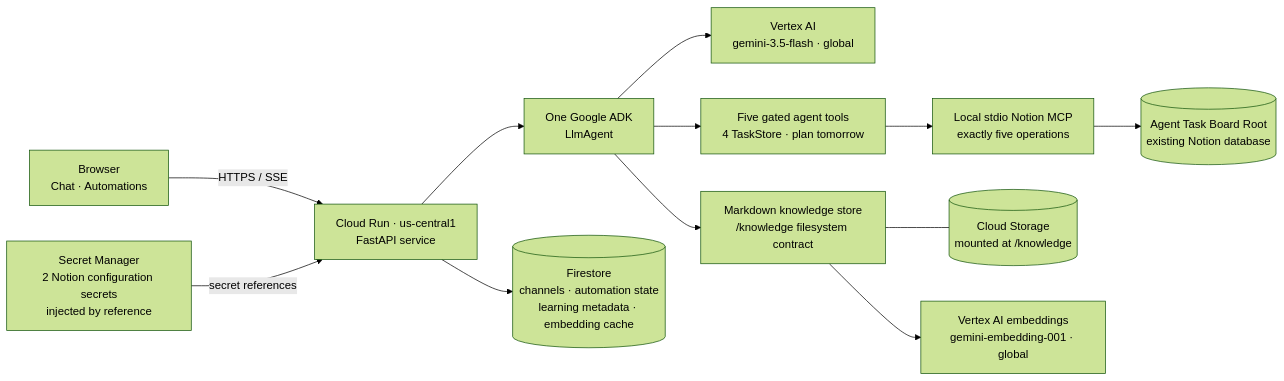
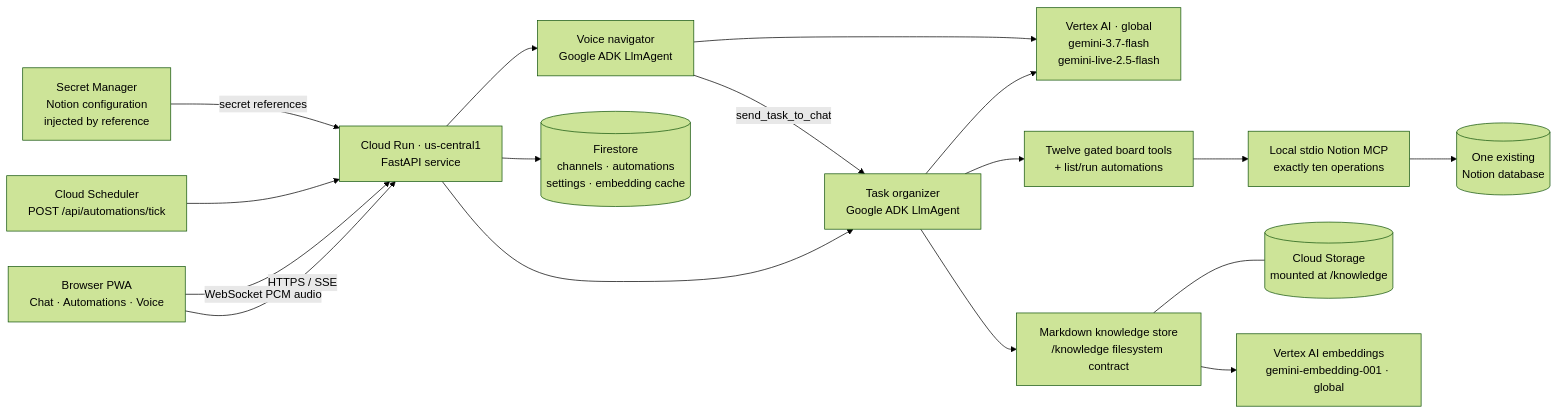
One commit to Avischai-G/avi-notes-assistant changed the diagram in docs/architecture.md. Above: the diagram before and after it, drawn with Mermaid (forest theme). The commit also changed other lines of this file and 29 other files, not shown here.

````diff
--- a/docs/architecture.md
+++ b/docs/architecture.md
@@ -9,27 +9,34 @@
 ```mermaid
 flowchart LR
-    B[Browser\nChat · Automations]
+    B[Browser PWA\nChat · Automations · Voice]
     API[Cloud Run · us-central1\nFastAPI service]
-    A[One Google ADK\nLlmAgent]
-    V[Vertex AI\ngemini-3.5-flash · global]
-    T[Five gated agent tools\n4 TaskStore · plan tomorrow]
-    M[Local stdio Notion MCP\nexactly five operations]
-    N[(Agent Task Board Root\nexisting Notion database)]
-    F[(Firestore\nchannels · automation state\nlearning metadata · embedding cache)]
+    A[Task organizer\nGoogle ADK LlmAgent]
+    L[Voice navigator\nGoogle ADK LlmAgent]
+    V[Vertex AI · global\ngemini-3.7-flash\ngemini-live-2.5-flash]
+    T[Twelve gated board tools\n+ list/run automations]
+    M[Local stdio Notion MCP\nexactly ten operations]
+    N[(One existing\nNotion database)]
+    F[(Firestore\nchannels · automations\nsettings · embedding cache)]
     K[Markdown knowledge store\n/knowledge filesystem contract]
     G[(Cloud Storage\nmounted at /knowledge)]
     E[Vertex AI embeddings\ngemini-embedding-001 · global]
-    S[Secret Manager\n2 Notion configuration secrets\ninjected by reference]
+    S[Secret Manager\nNotion configuration\ninjected by reference]
+    C[Cloud Scheduler\nPOST /api/automations/tick]
 
     B -->|HTTPS / SSE| API
+    B -->|WebSocket PCM audio| API
+    C --> API
     S -->|secret references| API
     API --> A
+    API --> L
+    L -->|send_task_to_chat| A
     A --> V
+    L --> V
     A --> T
     T --> M
     M --> N
     API --> F
     A --> K
     K --- G
     K --> E
 ```
````
